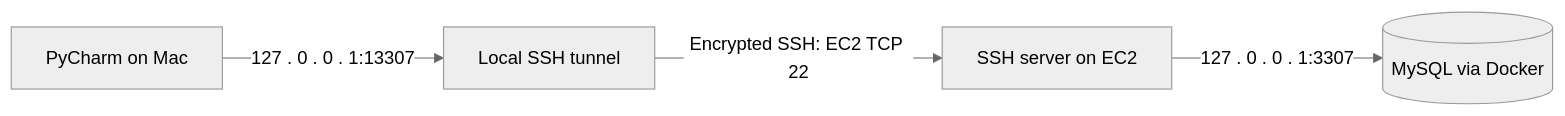
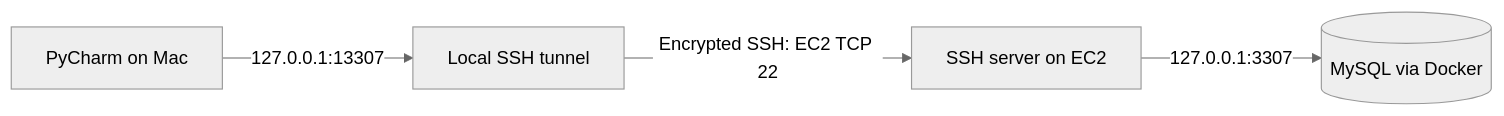
Before and after one commit to nikitsya/TempSafe: the second of 2 diagrams in docs/operations/database-connections.md, drawn with Mermaid (neutral theme). The commit also changed other lines of this file and 26 other files, not shown here.

````diff
--- a/docs/operations/database-connections.md
+++ b/docs/operations/database-connections.md
@@ -69,6 +76,6 @@
 ```mermaid
 flowchart LR
-    IDE[PyCharm on Mac] -->|127 . 0 . 0 . 1:13307| Tunnel[Local SSH tunnel]
+    IDE[PyCharm on Mac] -->|127.0.0.1:13307| Tunnel[Local SSH tunnel]
     Tunnel -->|Encrypted SSH: EC2 TCP 22| SSH[SSH server on EC2]
-    SSH -->|127 . 0 . 0 . 1:3307| DB[(MySQL via Docker)]
+    SSH -->|127.0.0.1:3307| DB[(MySQL via Docker)]
 ```
````
